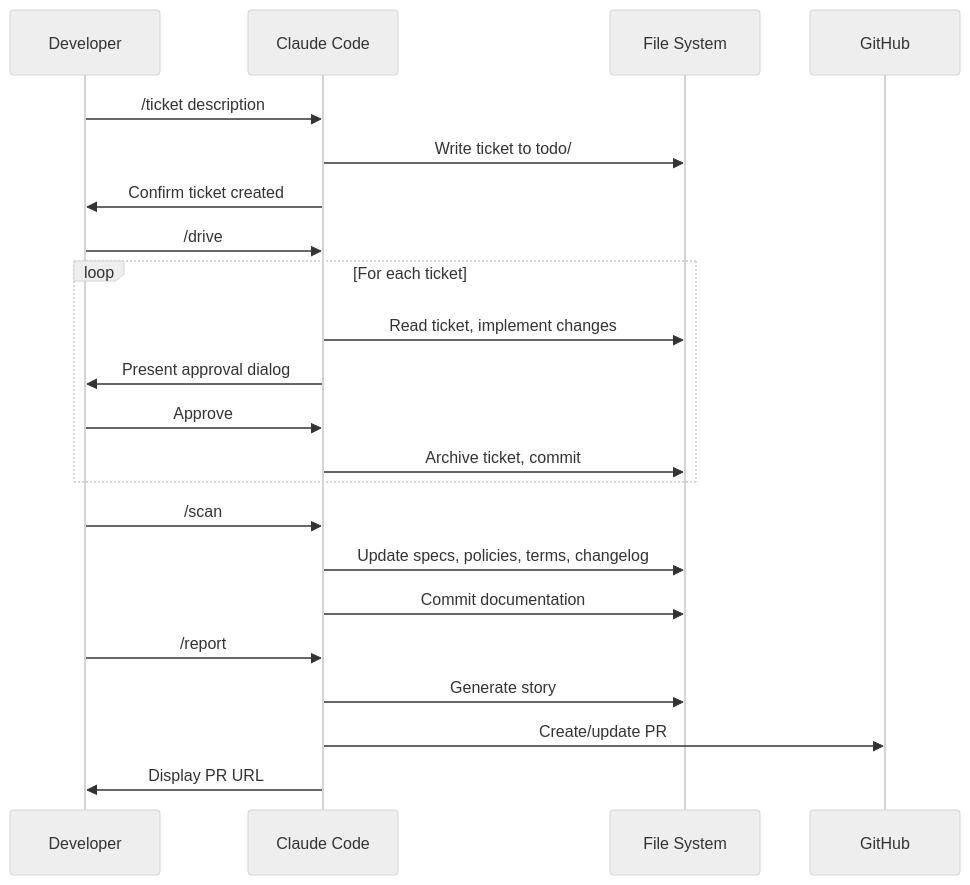
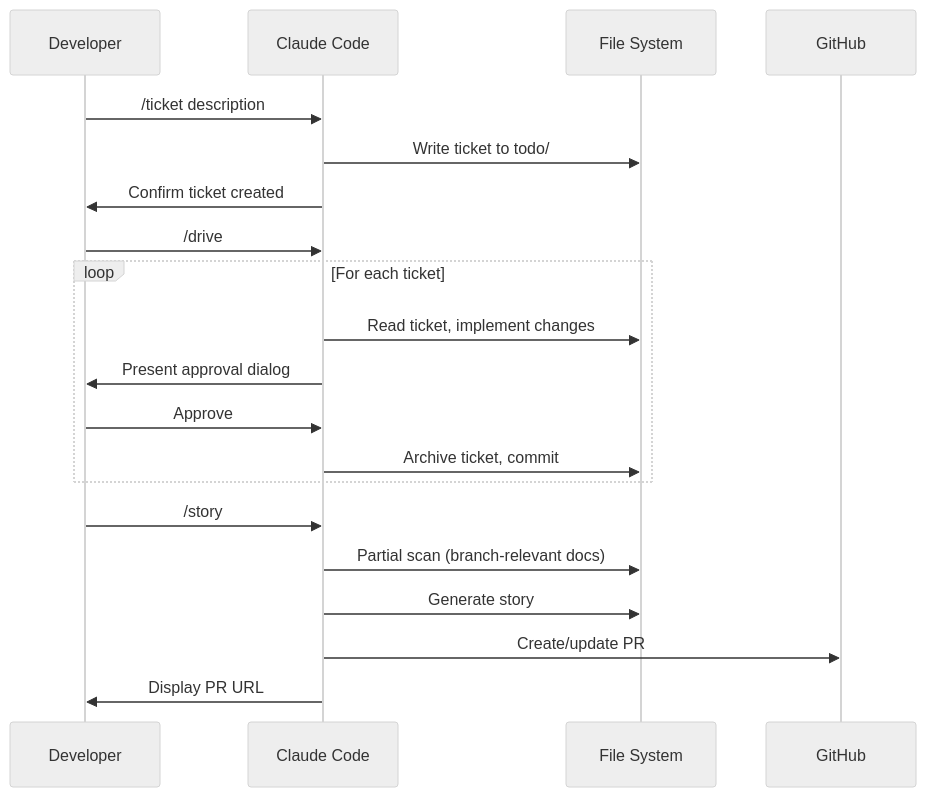
One commit to qmu/workaholic changed the diagram in .workaholic/specs/usecase.md. Above: the diagram before and after it, drawn with Mermaid (neutral theme). The commit also changed other lines of this file and 10 other files, not shown here.

````diff
--- a/.workaholic/specs/usecase.md
+++ b/.workaholic/specs/usecase.md
@@ -59,28 +67,25 @@
 ```mermaid
 sequenceDiagram
     participant Dev as Developer
     participant CC as Claude Code
     participant FS as File System
     participant GH as GitHub
 
     Dev->>CC: /ticket description
     CC->>FS: Write ticket to todo/
     CC->>Dev: Confirm ticket created
 
     Dev->>CC: /drive
     loop For each ticket
         CC->>FS: Read ticket, implement changes
         CC->>Dev: Present approval dialog
         Dev->>CC: Approve
         CC->>FS: Archive ticket, commit
     end
 
-    Dev->>CC: /scan
-    CC->>FS: Update specs, policies, terms, changelog
-    CC->>FS: Commit documentation
-
-    Dev->>CC: /report
+    Dev->>CC: /story
+    CC->>FS: Partial scan (branch-relevant docs)
     CC->>FS: Generate story
     CC->>GH: Create/update PR
     CC->>Dev: Display PR URL
 ```
````
